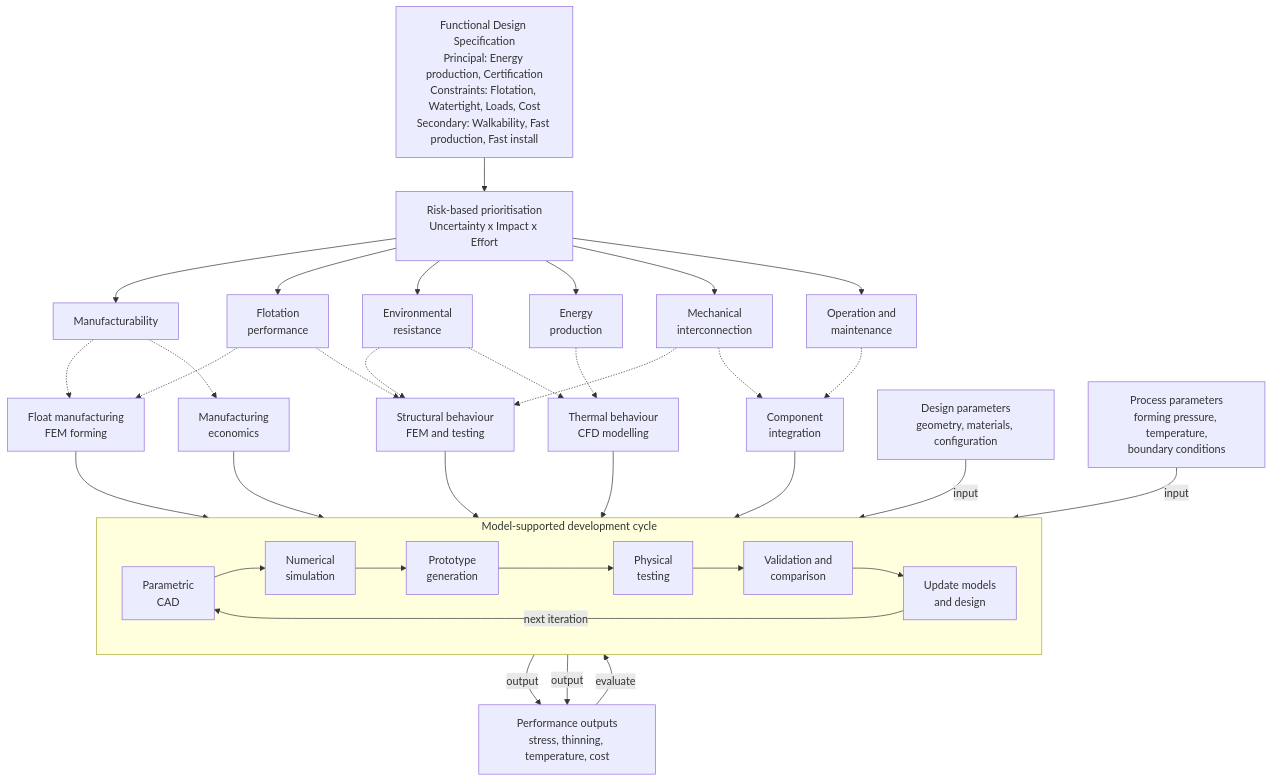
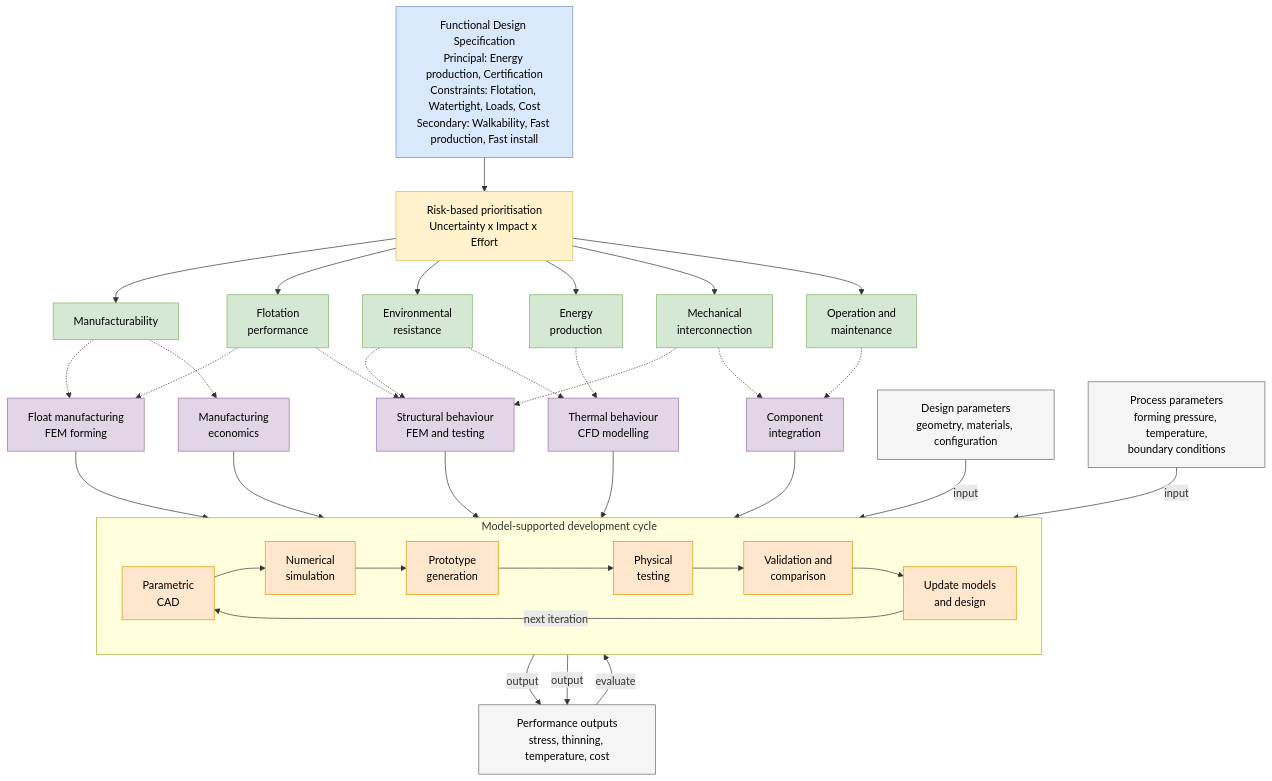
The diagram in figures/fig_3-1_development_framework.mmd (eirirlar/sure-d61), drawn with Mermaid before and after one commit. The commit also changed 13 other files, not shown here.

```diff
--- a/figures/fig_3-1_development_framework.mmd
+++ b/figures/fig_3-1_development_framework.mmd
@@ -1,52 +1,66 @@
 flowchart TB
 
     FDS["Functional Design Specification<br/>Principal: Energy production, Certification<br/>Constraints: Flotation, Watertight, Loads, Cost<br/>Secondary: Walkability, Fast production, Fast install"]
 
     FDS --> RISK["Risk-based prioritisation<br/>Uncertainty x Impact x Effort"]
 
     RISK --> F5
     RISK --> F2
     RISK --> F4
     RISK --> F1
     RISK --> F3
     RISK --> F6
 
     F5["Manufacturability"] -.-> E1
     F2["Flotation<br/>performance"] -.-> E1
     F2 -.-> E2
     F4["Environmental<br/>resistance"] -.-> E2
     F3["Mechanical<br/>interconnection"] -.-> E2
     F1["Energy<br/>production"] -.-> E3
     F4 -.-> E3
     F3 -.-> E4
     F6["Operation and<br/>maintenance"] -.-> E4
     F5 -.-> E5
 
     E1["Float manufacturing<br/>FEM forming"]
     E2["Structural behaviour<br/>FEM and testing"]
     E3["Thermal behaviour<br/>CFD modelling"]
     E4["Component<br/>integration"]
     E5["Manufacturing<br/>economics"]
 
     E1 --> CAD
     E2 --> CAD
     E3 --> CAD
     E4 --> CAD
     E5 --> CAD
 
     subgraph CYCLE ["Model-supported development cycle"]
         direction LR
         CAD["Parametric<br/>CAD"]
         CAD --> SIM["Numerical<br/>simulation"]
         SIM --> PROTO["Prototype<br/>generation"]
         PROTO --> TEST["Physical<br/>testing"]
         TEST --> VAL["Validation and<br/>comparison"]
         VAL --> ITER["Update models<br/>and design"]
         ITER -->|next iteration| CAD
     end
 
     DP["Design parameters<br/>geometry, materials, configuration"] -->|input| CAD
     PP["Process parameters<br/>forming pressure, temperature,<br/>boundary conditions"] -->|input| SIM
     SIM -->|output| PO["Performance outputs<br/>stress, thinning, temperature, cost"]
     TEST -->|output| PO
     PO -->|evaluate| VAL
+
+    classDef fds fill:#dae8fc,stroke:#6c8ebf,color:#000
+    classDef risk fill:#fff2cc,stroke:#d6b656,color:#000
+    classDef functional fill:#d5e8d4,stroke:#82b366,color:#000
+    classDef engineering fill:#e1d5e7,stroke:#9673a6,color:#000
+    classDef cycle fill:#ffe6cc,stroke:#d79b00,color:#000
+    classDef params fill:#f5f5f5,stroke:#666666,color:#000
+
+    class FDS fds
+    class RISK risk
+    class F1,F2,F3,F4,F5,F6 functional
+    class E1,E2,E3,E4,E5 engineering
+    class CAD,SIM,PROTO,TEST,VAL,ITER cycle
+    class DP,PP,PO params
```
